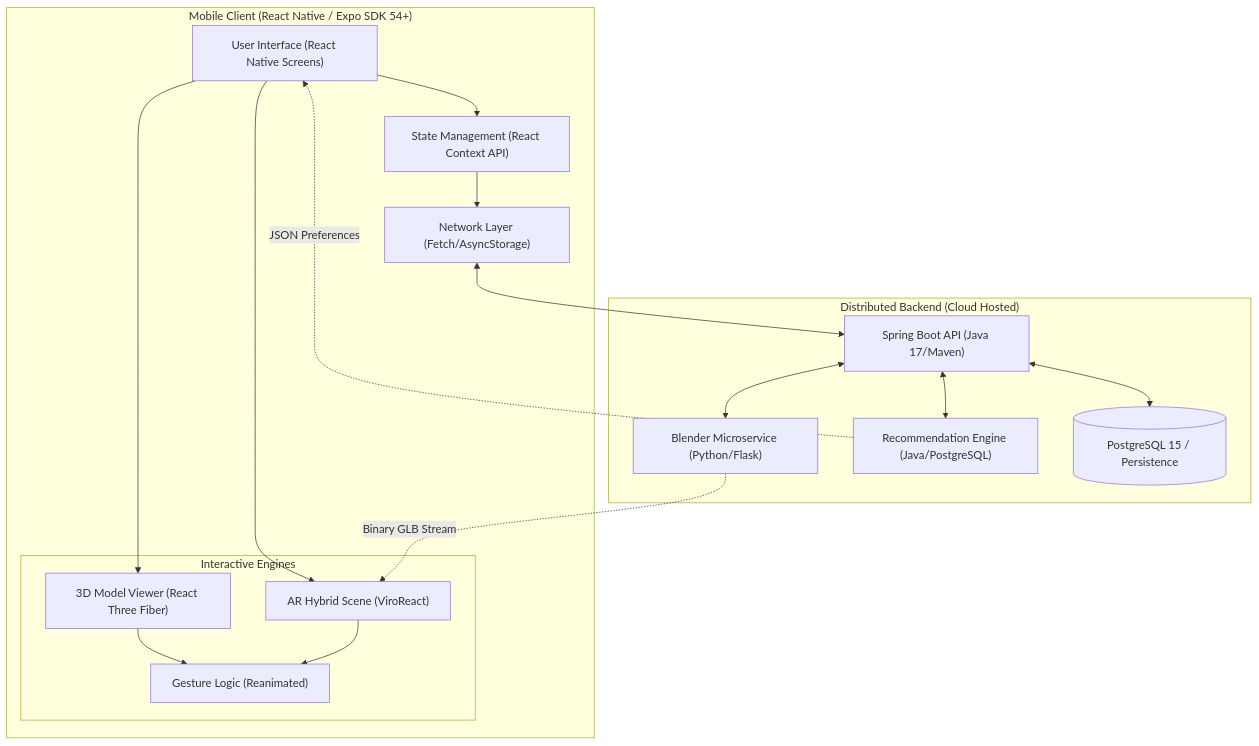
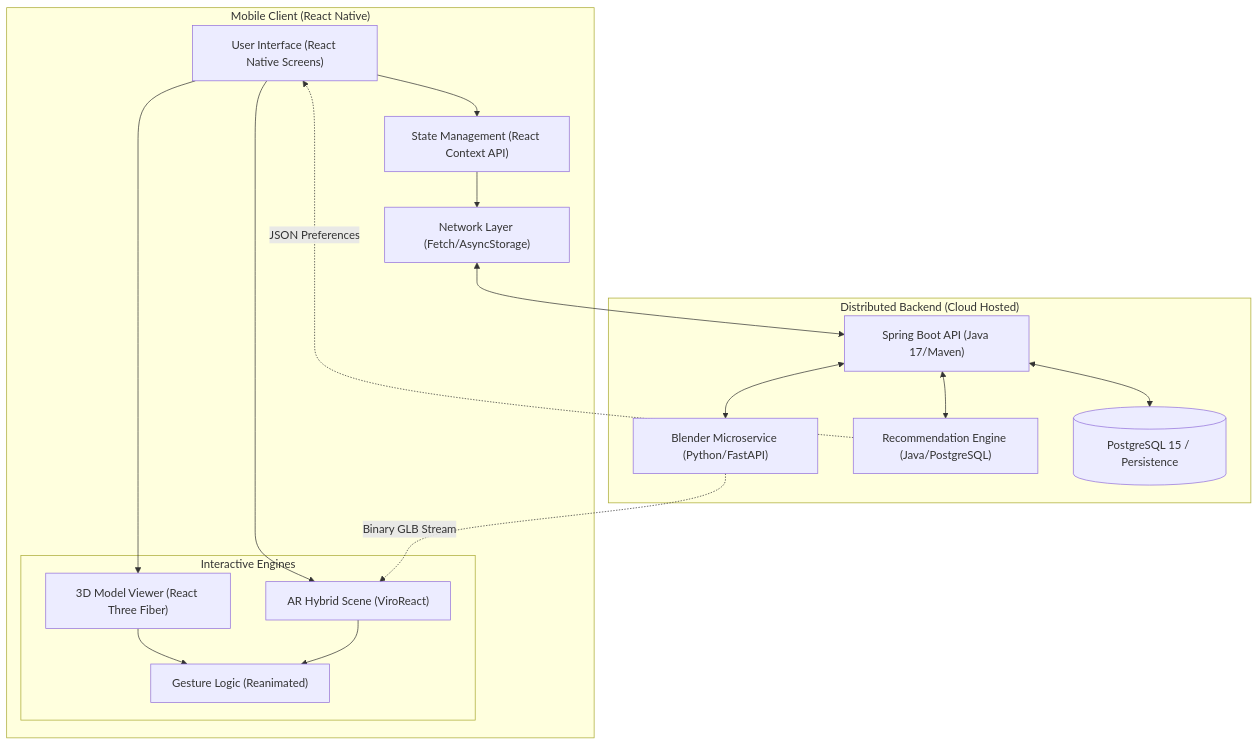
The diagram in README.md (ChSowmyag/Sample), drawn with Mermaid before and after one commit. The commit also changed other lines of this file, not shown here.

````diff
--- a/README.md
+++ b/README.md
@@ -107,37 +30,38 @@
 ```mermaid
 graph TB
-    subgraph "Mobile Client (React Native / Expo SDK 54+)"
+    subgraph "Mobile Client (React Native)"
         UI["User Interface (React Native Screens)"]
         Context["State Management (React Context API)"]
         API_Client["Network Layer (Fetch/AsyncStorage)"]
 
         subgraph "Interactive Engines"
             AR_Scene["AR Hybrid Scene (ViroReact)"]
             Studio_3D["3D Model Viewer (React Three Fiber)"]
             Gesture_Handler["Gesture Logic (Reanimated)"]
         end
     end
 
     subgraph "Distributed Backend (Cloud Hosted)"
         Main_Server["Spring Boot API (Java 17/Maven)"]
-        Blender_Service["Blender Microservice (Python/Flask)"]
+        Blender_Service["Blender Microservice (Python/FastAPI)"]
         Rec_Engine["Recommendation Engine (Java/PostgreSQL)"]
         DB[(PostgreSQL 15 / Persistence)]
     end
 
+    %% Relationships
     UI --> Context
     Context --> API_Client
     API_Client <--> Main_Server
 
     UI --> AR_Scene
     UI --> Studio_3D
     Studio_3D --> Gesture_Handler
     AR_Scene --> Gesture_Handler
 
     Main_Server <--> DB
     Main_Server <--> Blender_Service
     Main_Server <--> Rec_Engine
 
     Blender_Service -.-> |"Binary GLB Stream"| AR_Scene
     Rec_Engine -.-> |"JSON Preferences"| UI
 ```
````
